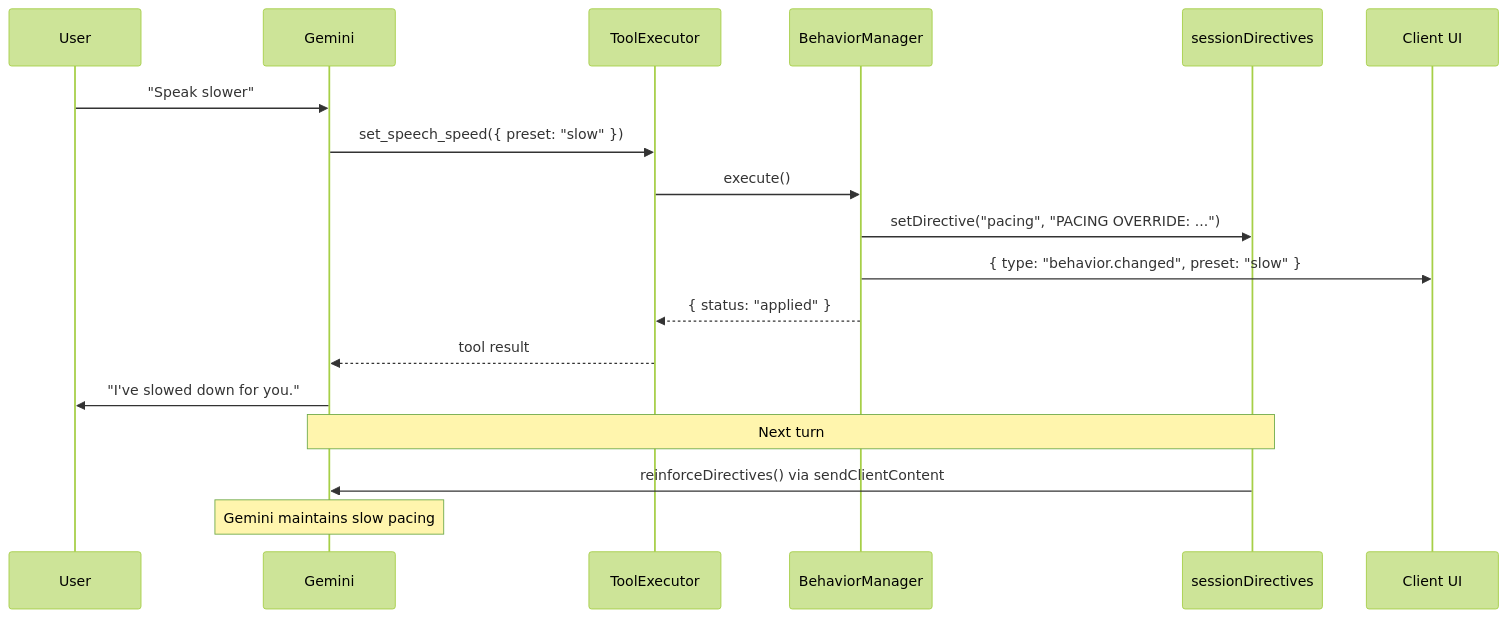
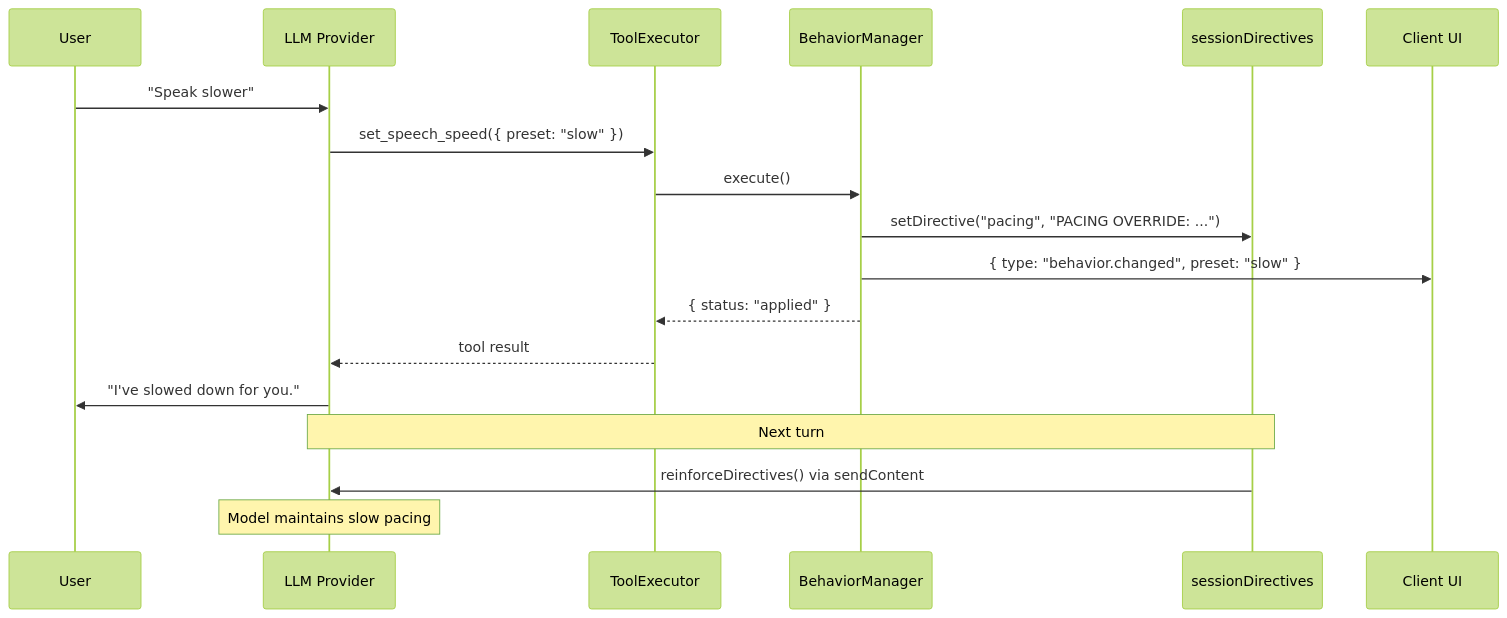
The second of 4 diagrams in docs/guide/behaviors.md (randombet/bodhi_realtime_agent), drawn with Mermaid (forest theme) before and after one commit. The commit also changed other lines of this file and 15 other files, not shown here.

First line of the commit message:
docs: update all docs for LLM transport decoupling (multi-provider support)

````diff
--- a/docs/guide/behaviors.md
+++ b/docs/guide/behaviors.md
@@ -61,22 +61,22 @@
 ```mermaid
 sequenceDiagram
     participant User
-    participant Gemini
+    participant LLM as LLM Provider
     participant ToolExecutor
     participant BehaviorManager
     participant Directives as sessionDirectives
     participant Client as Client UI
 
-    User->>Gemini: "Speak slower"
-    Gemini->>ToolExecutor: set_speech_speed({ preset: "slow" })
+    User->>LLM: "Speak slower"
+    LLM->>ToolExecutor: set_speech_speed({ preset: "slow" })
     ToolExecutor->>BehaviorManager: execute()
     BehaviorManager->>Directives: setDirective("pacing", "PACING OVERRIDE: ...")
     BehaviorManager->>Client: { type: "behavior.changed", preset: "slow" }
     BehaviorManager-->>ToolExecutor: { status: "applied" }
-    ToolExecutor-->>Gemini: tool result
-    Gemini->>User: "I've slowed down for you."
+    ToolExecutor-->>LLM: tool result
+    LLM->>User: "I've slowed down for you."
 
-    Note over Directives,Gemini: Next turn
-    Directives->>Gemini: reinforceDirectives() via sendClientContent
-    Note over Gemini: Gemini maintains slow pacing
+    Note over Directives,LLM: Next turn
+    Directives->>LLM: reinforceDirectives() via sendContent
+    Note over LLM: Model maintains slow pacing
 ```
````
